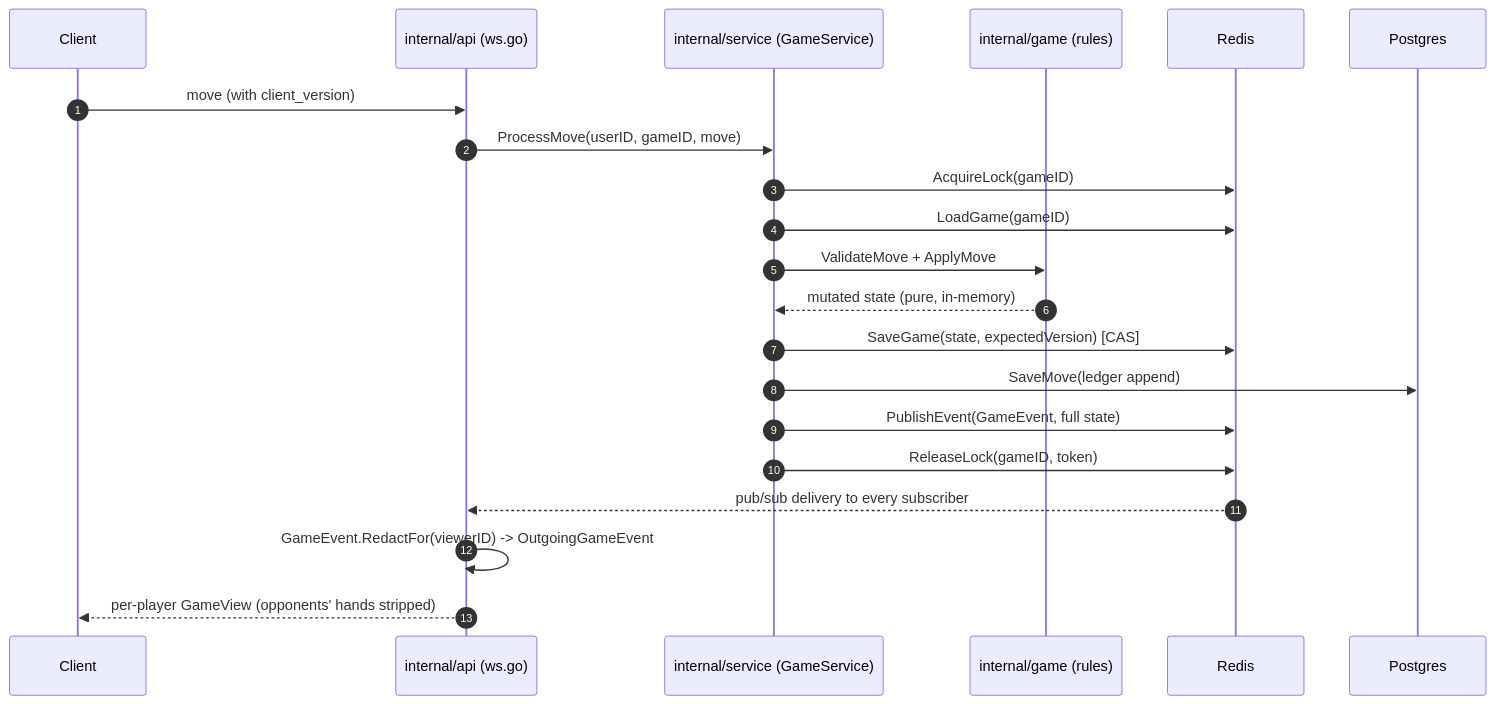
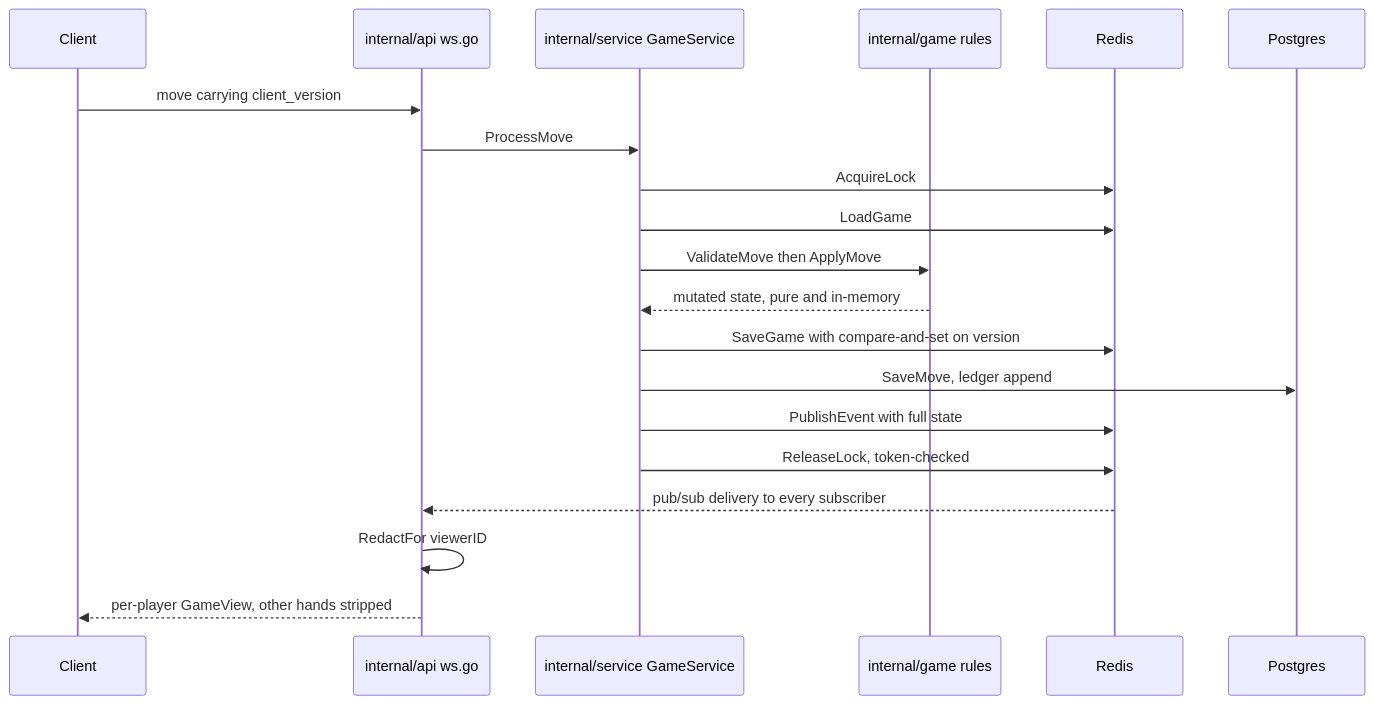
The third of 5 diagrams in readme.md (joekhosbayar/go-mighty), drawn with Mermaid before and after one commit. The commit also changed other lines of this file, not shown here.

First line of the commit message:
docs: make readme mermaid diagrams render on github (#57)

````diff
--- a/readme.md
+++ b/readme.md
@@ -117,24 +126,23 @@
 ```mermaid
 sequenceDiagram
-    autonumber
     participant C as Client
-    participant WS as internal/api (ws.go)
-    participant S as internal/service (GameService)
-    participant G as internal/game (rules)
+    participant WS as internal/api ws.go
+    participant S as internal/service GameService
+    participant G as internal/game rules
     participant R as Redis
     participant P as Postgres
 
-    C->>WS: move (with client_version)
-    WS->>S: ProcessMove(userID, gameID, move)
-    S->>R: AcquireLock(gameID)
-    S->>R: LoadGame(gameID)
-    S->>G: ValidateMove + ApplyMove
-    G-->>S: mutated state (pure, in-memory)
-    S->>R: SaveGame(state, expectedVersion) [CAS]
-    S->>P: SaveMove(ledger append)
-    S->>R: PublishEvent(GameEvent, full state)
-    S->>R: ReleaseLock(gameID, token)
+    C->>WS: move carrying client_version
+    WS->>S: ProcessMove
+    S->>R: AcquireLock
+    S->>R: LoadGame
+    S->>G: ValidateMove then ApplyMove
+    G-->>S: mutated state, pure and in-memory
+    S->>R: SaveGame with compare-and-set on version
+    S->>P: SaveMove, ledger append
+    S->>R: PublishEvent with full state
+    S->>R: ReleaseLock, token-checked
     R-->>WS: pub/sub delivery to every subscriber
-    WS->>WS: GameEvent.RedactFor(viewerID) -> OutgoingGameEvent
-    WS-->>C: per-player GameView (opponents' hands stripped)
+    WS->>WS: RedactFor viewerID
+    WS-->>C: per-player GameView, other hands stripped
 ```
````
